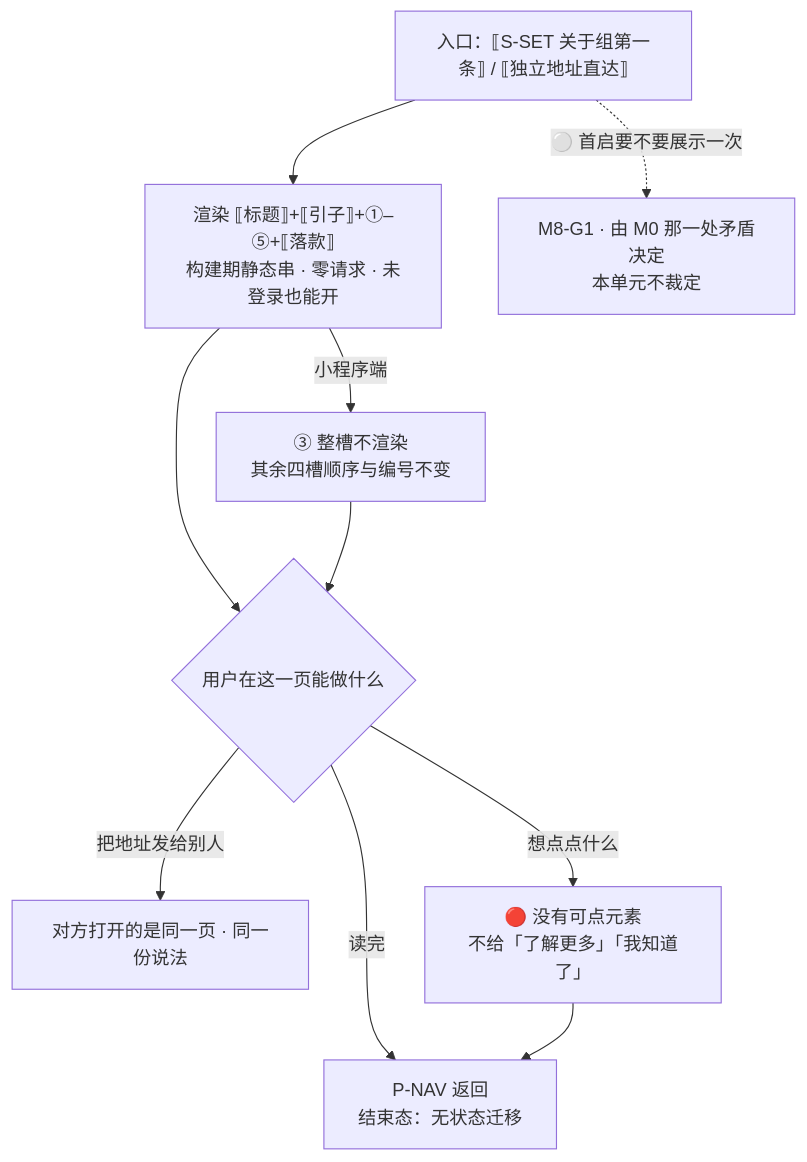
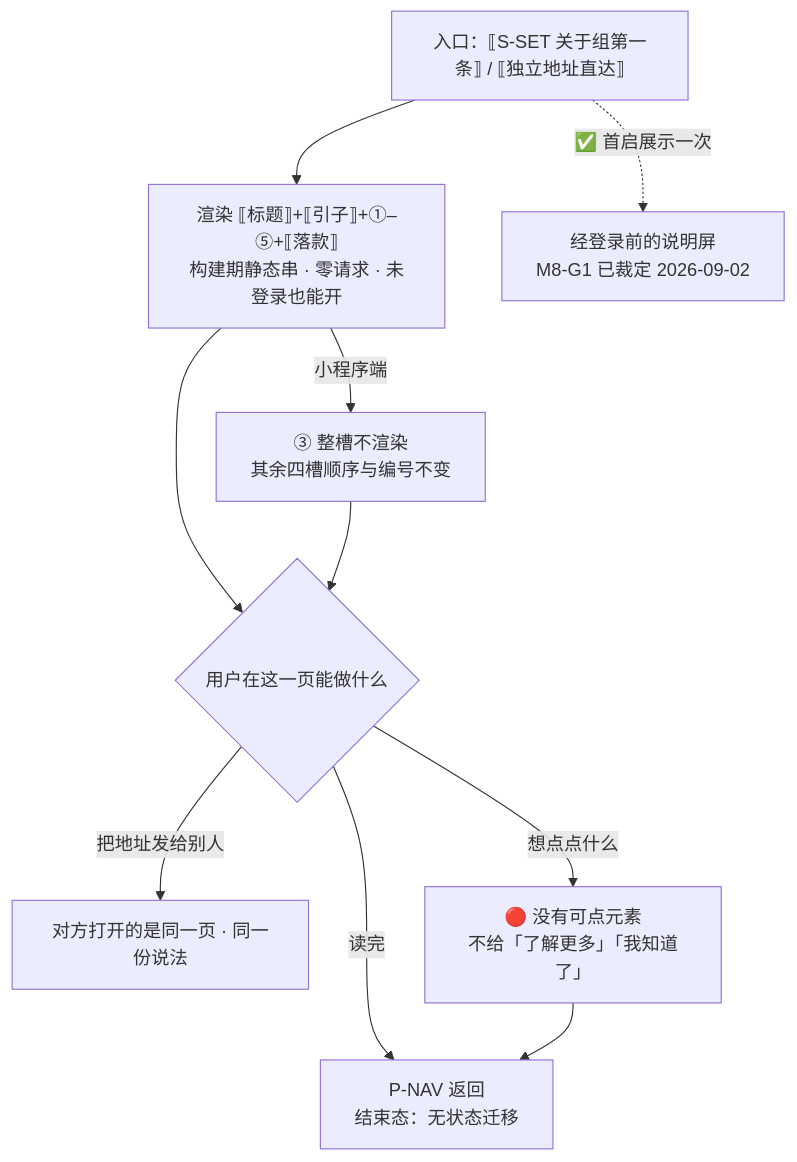
Before and after one commit to chenyuanjin/kubic: the second of 2 diagrams in docs/product/modules/M8-边界/U8.1-这个产品不做什么这一页.md, drawn with Mermaid. The commit also changed other lines of this file and 23 other files, not shown here.

````diff
--- a/docs/product/modules/M8-边界/U8.1-这个产品不做什么这一页.md
+++ b/docs/product/modules/M8-边界/U8.1-这个产品不做什么这一页.md
@@ -261,12 +268,12 @@
 ```mermaid
 flowchart TD
     E["入口：⟦S-SET 关于组第一条⟧ / ⟦独立地址直达⟧"] --> R["渲染 ⟦标题⟧+⟦引子⟧+①–⑤+⟦落款⟧<br/>构建期静态串 · 零请求 · 未登录也能开"]
     R --> S{"用户在这一页能做什么"}
     S -->|"读完"| B["P-NAV 返回<br/>结束态：无状态迁移"]
     S -->|"把地址发给别人"| O["对方打开的是同一页 · 同一份说法"]
     S -->|"想点点什么"| N["🔴 没有可点元素<br/>不给「了解更多」「我知道了」"]
     N --> B
     R -->|"小程序端"| M["③ 整槽不渲染<br/>其余四槽顺序与编号不变"]
     M --> S
-    E -.->|"⚪ 首启要不要展示一次"| G["M8-G1 · 由 M0 那一处矛盾决定<br/>本单元不裁定"]
+    E -.->|"✅ 首启展示一次"| G["经登录前的说明屏<br/>M8-G1 已裁定 2026-09-02"]
 ```
````
